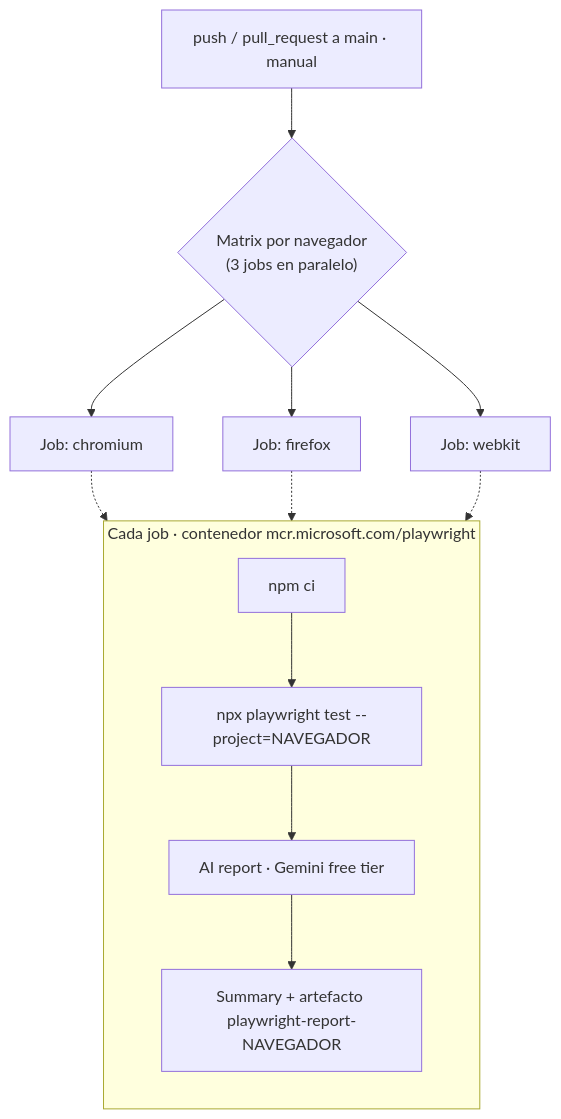
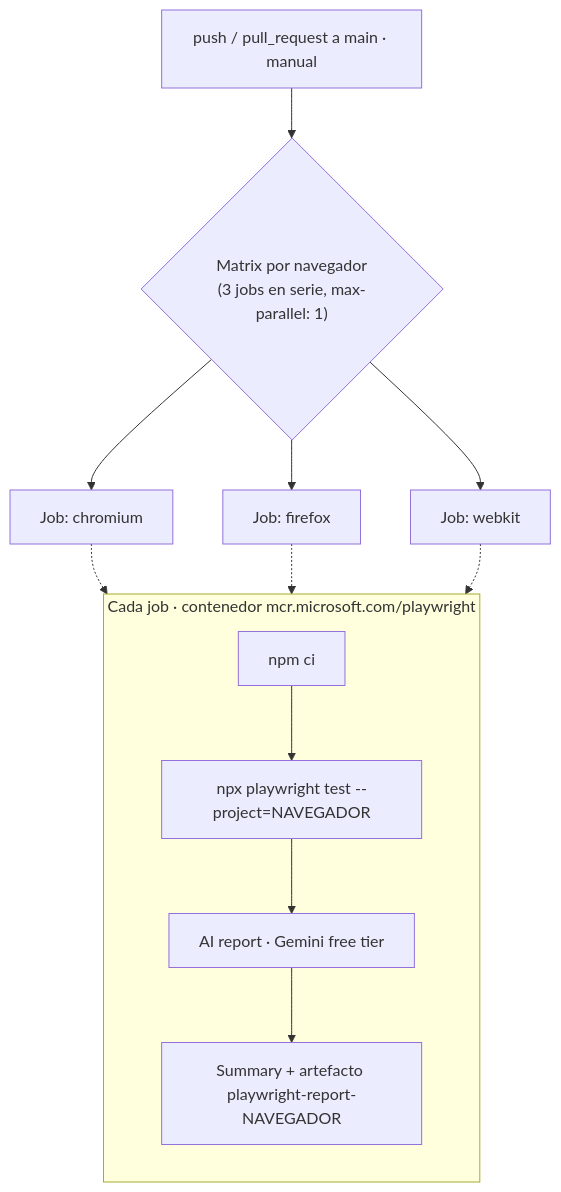
The diagram in README.md (StoneFly365/playwright-demo-ia-mcp), drawn with Mermaid before and after one commit. The commit also changed other lines of this file, not shown here.

````diff
--- a/README.md
+++ b/README.md
@@ -181,19 +191,19 @@
 ```mermaid
 flowchart TD
-    T["push / pull_request a main · manual"] --> M{"Matrix por navegador<br/>(3 jobs en paralelo)"}
+    T["push / pull_request a main · manual"] --> M{"Matrix por navegador<br/>(3 jobs en serie, max-parallel: 1)"}
 
     M --> C["Job: chromium"]
     M --> F["Job: firefox"]
     M --> W["Job: webkit"]
 
     subgraph JOB ["Cada job · contenedor mcr.microsoft.com/playwright"]
         direction TB
         S1["npm ci"] --> S2["npx playwright test --project=NAVEGADOR"]
         S2 --> S3["AI report · Gemini free tier"]
         S3 --> S4["Summary + artefacto playwright-report-NAVEGADOR"]
     end
 
     C -.-> JOB
     F -.-> JOB
     W -.-> JOB
 ```
````
